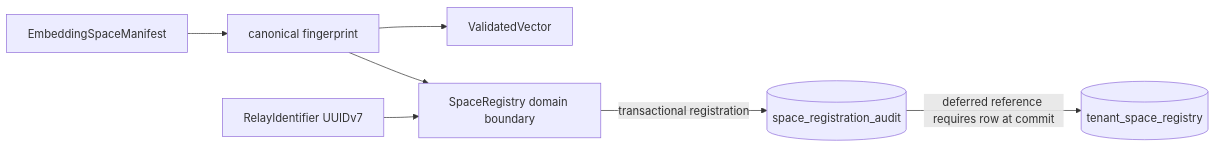
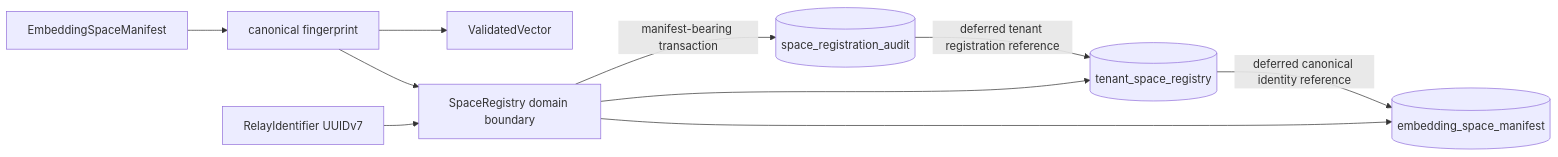
One commit to ContextualWisdomLab/EmbedRelay changed the second of 2 diagrams in ARCHITECTURE.md. Above: the diagram before and after it, drawn with Mermaid. The commit also changed other lines of this file, not shown here.

Commit message:
docs: reconcile architecture with manifest registry

````diff
--- a/ARCHITECTURE.md
+++ b/ARCHITECTURE.md
@@ -81,17 +76,21 @@
 ```mermaid
 flowchart LR
     MAN[EmbeddingSpaceManifest]
     FP[canonical fingerprint]
     V[ValidatedVector]
     ID[RelayIdentifier UUIDv7]
     REG[SpaceRegistry domain boundary]
+    CM[(embedding_space_manifest)]
     DB[(tenant_space_registry)]
     AUD[(space_registration_audit)]
 
     MAN --> FP
     FP --> V
     ID --> REG
     FP --> REG
-    REG -->|transactional registration| AUD
-    AUD -->|deferred reference requires row at commit| DB
+    REG -->|manifest-bearing transaction| AUD
+    REG --> CM
+    REG --> DB
+    AUD -->|deferred tenant registration reference| DB
+    DB -->|deferred canonical identity reference| CM
 ```
````
